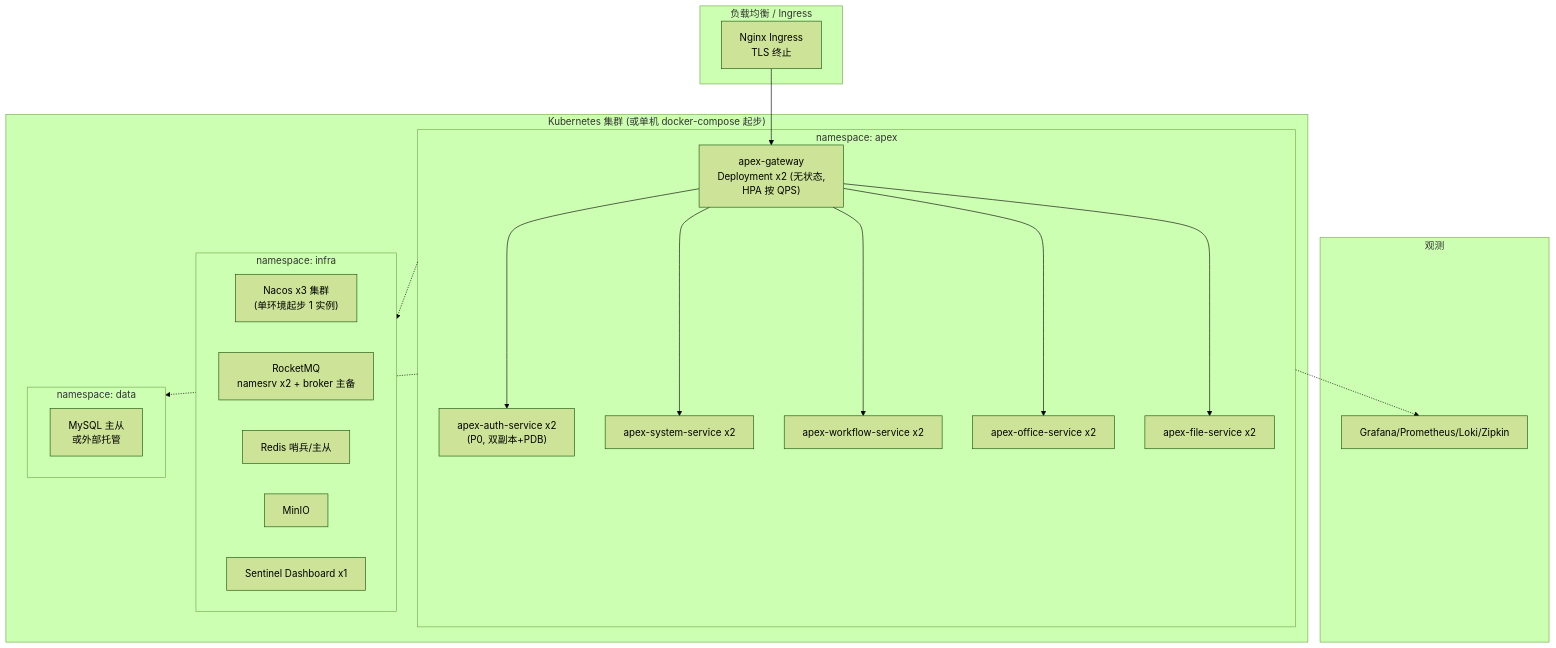
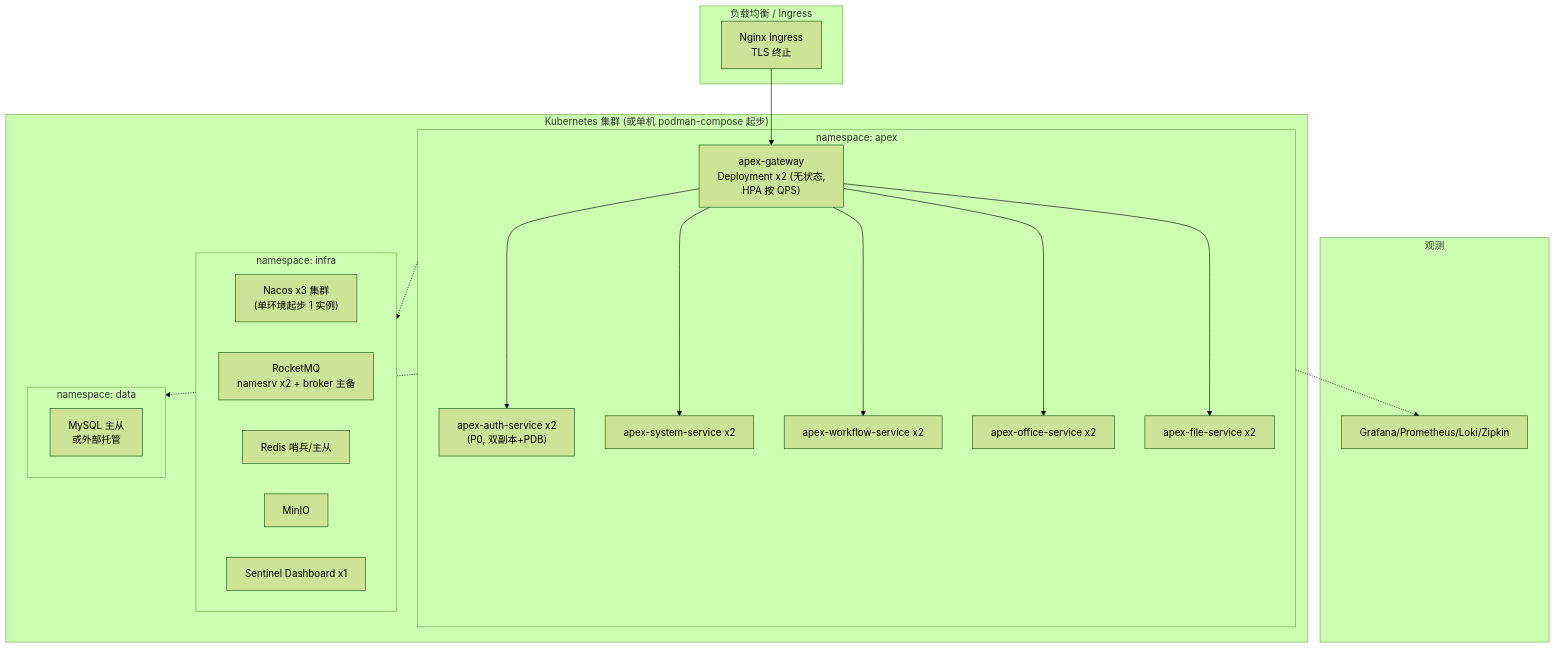
One commit to apex-cloud-service/apex-scaffold changed diagram 16 of 18 in docs/microservice-migration-plan.md. Above: the diagram before and after it, drawn with Mermaid (forest theme). The commit also changed other lines of this file and 2827 other files, not shown here.

````diff
--- a/docs/microservice-migration-plan.md
+++ b/docs/microservice-migration-plan.md
@@ -914,38 +934,38 @@
 ```mermaid
 graph TB
     subgraph LB["负载均衡 / Ingress"]
         INGRESS["Nginx Ingress<br/>TLS 终止"]
     end
-    subgraph K8S["Kubernetes 集群 (或单机 docker-compose 起步)"]
+    subgraph K8S["Kubernetes 集群 (或单机 podman-compose 起步)"]
         subgraph NS["namespace: apex"]
             GWP["apex-gateway<br/>Deployment x2 (无状态,<br/>HPA 按 QPS)"]
             AP["apex-auth-service x2<br/>(P0, 双副本+PDB)"]
             SP["apex-system-service x2"]
             WP["apex-workflow-service x2"]
             OP["apex-office-service x2"]
             FP["apex-file-service x2"]
         end
         subgraph NSI["namespace: infra"]
             NAC["Nacos x3 集群<br/>(单环境起步 1 实例)"]
             RKM["RocketMQ<br/>namesrv x2 + broker 主备"]
             RDS["Redis 哨兵/主从"]
             MI["MinIO"]
             SD["Sentinel Dashboard x1"]
         end
         subgraph NSD["namespace: data"]
             MY["MySQL 主从<br/>或外部托管"]
         end
     end
     INGRESS --> GWP
     GWP --> AP
     GWP --> SP
     GWP --> WP
     GWP --> OP
     GWP --> FP
     NS -.-> NSI
     NS -.-> NSD
     subgraph OBS["观测"]
         GRA["Grafana/Prometheus/Loki/Zipkin"]
     end
     NS -.-> GRA
 ```
````
